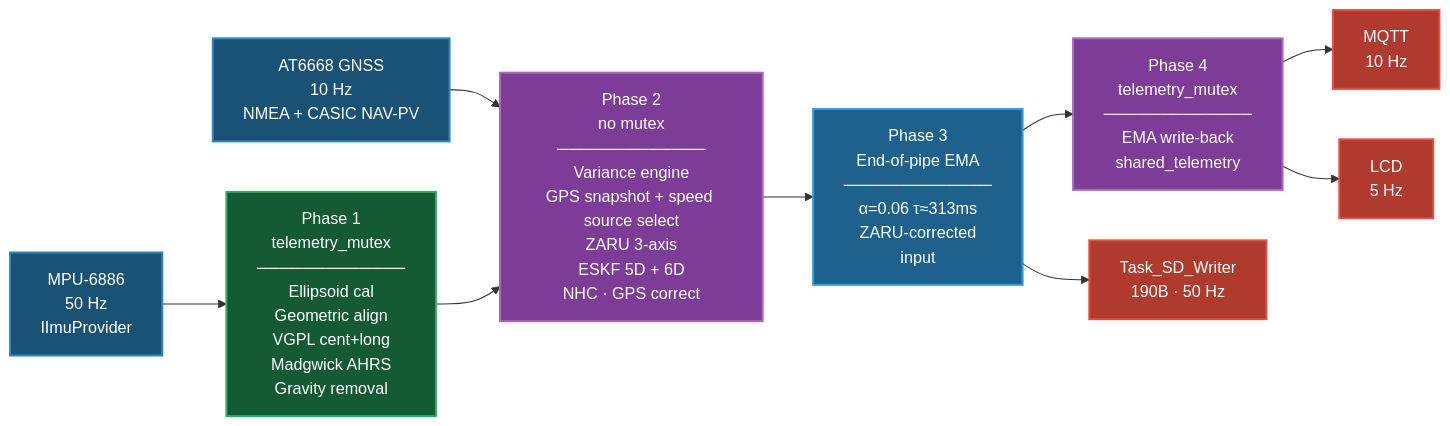
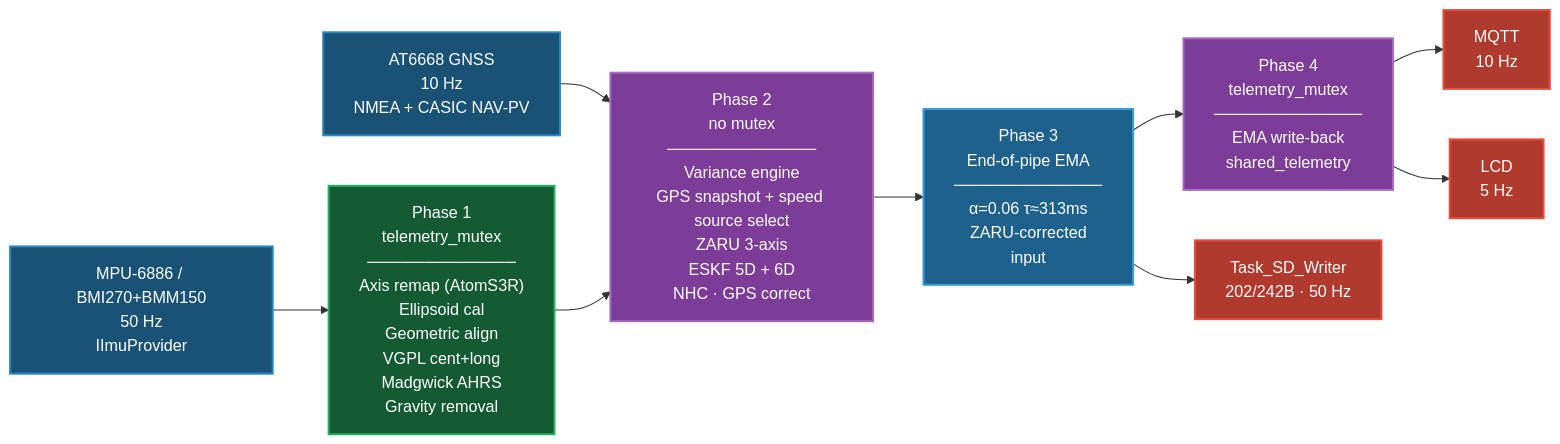
One commit to Niccolo1305/esp32-motorsport-telemetry-rtos-eskf changed the diagram in README.md. Above: the diagram before and after it, drawn with Mermaid. The commit also changed other lines of this file and 26 other files, not shown here.

First line of the commit message:
v1.7.0-atoms3r: AtomS3R FIFO/raw v5 pipeline, BMI270 provider refactor, 242B record format

````diff
--- a/README.md
+++ b/README.md
@@ -332,27 +366,27 @@
 ```mermaid
 flowchart LR
     classDef hw    fill:#1a5276,stroke:#2e86c1,color:#fff,stroke-width:2px
     classDef phase fill:#145a32,stroke:#27ae60,color:#fff,stroke-width:2px
     classDef ctrl  fill:#7d3c98,stroke:#a569bd,color:#fff,stroke-width:2px
     classDef ema   fill:#1f618d,stroke:#3498db,color:#fff,stroke-width:2px
     classDef out   fill:#b03a2e,stroke:#e74c3c,color:#fff,stroke-width:2px
 
-    IMU["MPU-6886\n50 Hz\nIImuProvider"]:::hw
+    IMU["MPU-6886 / BMI270+BMM150\n50 Hz\nIImuProvider"]:::hw
     GPS["AT6668 GNSS\n10 Hz\nNMEA + CASIC NAV-PV"]:::hw
 
-    P1["Phase 1\ntelemetry_mutex\n─────────────\nEllipsoid cal\nGeometric align\nVGPL cent+long\nMadgwick AHRS\nGravity removal"]:::phase
+    P1["Phase 1\ntelemetry_mutex\n─────────────\nAxis remap (AtomS3R)\nEllipsoid cal\nGeometric align\nVGPL cent+long\nMadgwick AHRS\nGravity removal"]:::phase
     P2["Phase 2\nno mutex\n─────────────\nVariance engine\nGPS snapshot + speed source select\nZARU 3-axis\nESKF 5D + 6D\nNHC · GPS correct"]:::ctrl
     P3["Phase 3\nEnd-of-pipe EMA\n─────────────\nα=0.06 τ≈313ms\nZARU-corrected\ninput"]:::ema
     P4["Phase 4\ntelemetry_mutex\n─────────────\nEMA write-back\nshared_telemetry"]:::ctrl
 
     MQTT["MQTT\n10 Hz"]:::out
     DISP["LCD\n5 Hz"]:::out
-    SD["Task_SD_Writer\n190B · 50 Hz"]:::out
+    SD["Task_SD_Writer\n202/242B · 50 Hz"]:::out
 
     IMU --> P1
     GPS --> P2
     P1 --> P2 --> P3 --> P4
     P4 --> MQTT
     P4 --> DISP
     P3 --> SD
 ```
````
